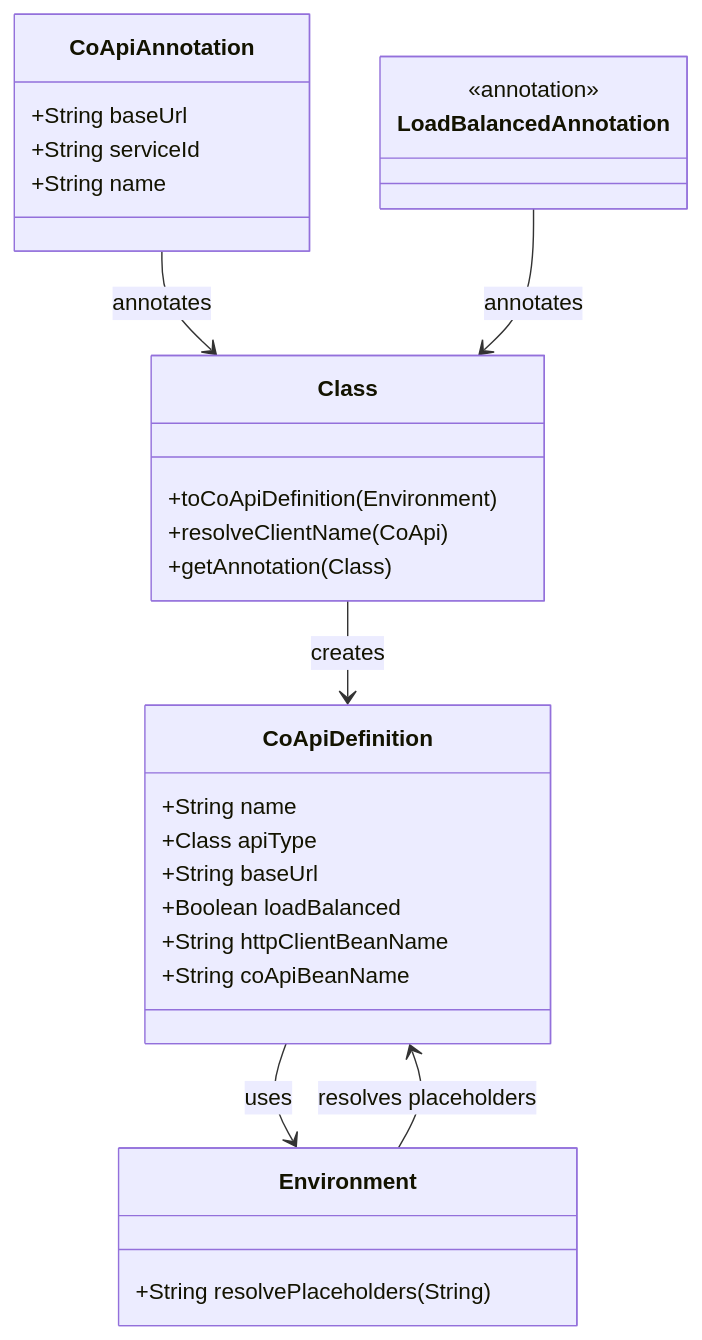
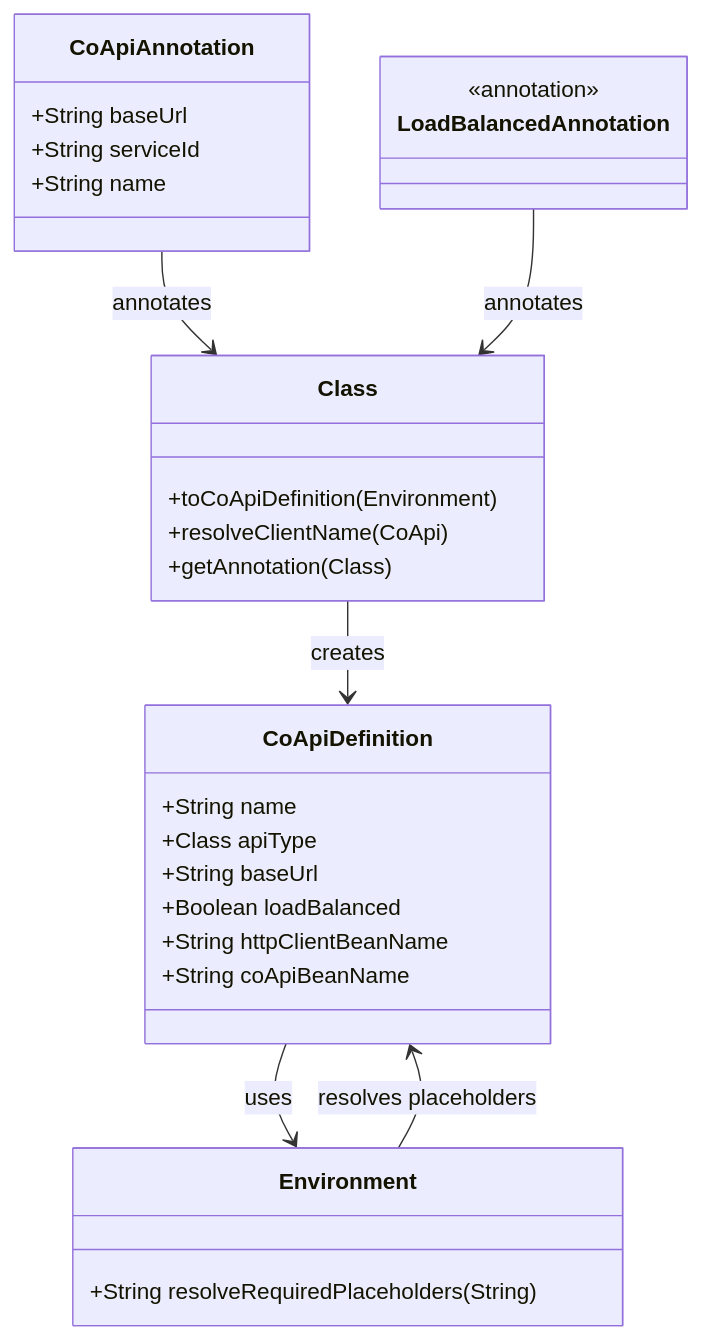
Before and after one commit to Ahoo-Wang/CoApi: the second of 4 diagrams in wiki/deep-dive/annotations.md, drawn with Mermaid. The commit also changed other lines of this file and 9 other files, not shown here.

````diff
--- a/wiki/deep-dive/annotations.md
+++ b/wiki/deep-dive/annotations.md
@@ -127,37 +131,37 @@
 ```mermaid
 classDiagram
     class CoApiAnnotation {
         +String baseUrl
         +String serviceId
         +String name
     }
     
     class LoadBalancedAnnotation {
         <<annotation>>
     }
     
     class CoApiDefinition {
         +String name
         +Class apiType
         +String baseUrl
         +Boolean loadBalanced
         +String httpClientBeanName
         +String coApiBeanName
     }
     
     class Environment {
-        +String resolvePlaceholders(String)
+        +String resolveRequiredPlaceholders(String)
     }
     
     class Class {
         +toCoApiDefinition(Environment)
         +resolveClientName(CoApi)
         +getAnnotation(Class)
     }
     
     CoApiAnnotation --> Class : annotates
     LoadBalancedAnnotation --> Class : annotates
     Class --> CoApiDefinition : creates
     Environment --> CoApiDefinition : resolves placeholders
     CoApiDefinition --> Environment : uses
 ```
````
